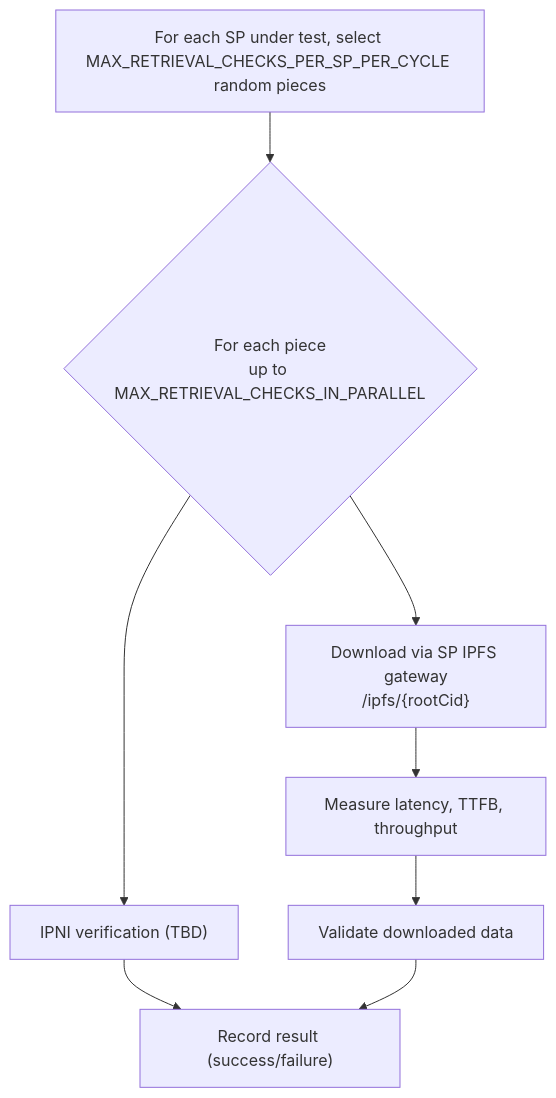
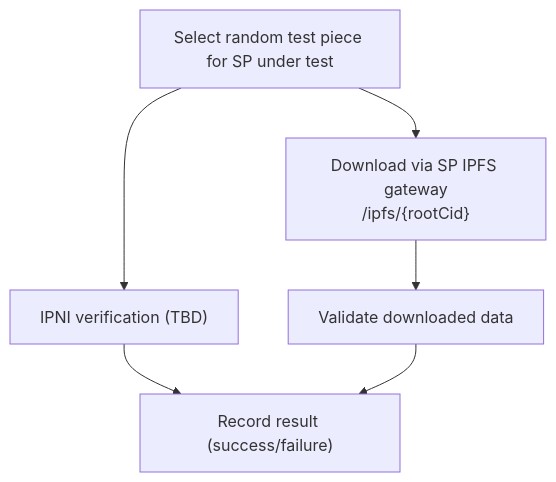
Before and after one commit to FilOzone/dealbot: the diagram in docs/checks/retrievals.md, drawn with Mermaid. The commit also changed other lines of this file and 4 other files, not shown here.

````diff
--- a/docs/checks/retrievals.md
+++ b/docs/checks/retrievals.md
@@ -35,10 +35,8 @@
 ```mermaid
 flowchart TD
-  A["For each SP under test, select MAX_RETRIEVAL_CHECKS_PER_SP_PER_CYCLE random pieces"] --> B{"For each piece<br/>up to MAX_RETRIEVAL_CHECKS_IN_PARALLEL"}
-  B --> C["IPNI verification (TBD)"]
-  C --> G["Record result (success/failure)"]
-  B --> D["Download via SP IPFS gateway<br/>/ipfs/{rootCid}"]
-  D --> E["Measure latency, TTFB, throughput"]
-  E --> F["Validate downloaded data"]
-  F --> G
+  SelectPiece["Select random test piece for SP under test"] --> IPNIVerify["IPNI verification (TBD)"]
+  IPNIVerify --> RecordResult["Record result (success/failure)"]
+  SelectPiece --> DownloadPiece["Download via SP IPFS gateway<br/>/ipfs/{rootCid}"]
+  DownloadPiece --> ValidateData["Validate downloaded data"]
+  ValidateData --> RecordResult
 ```
````
